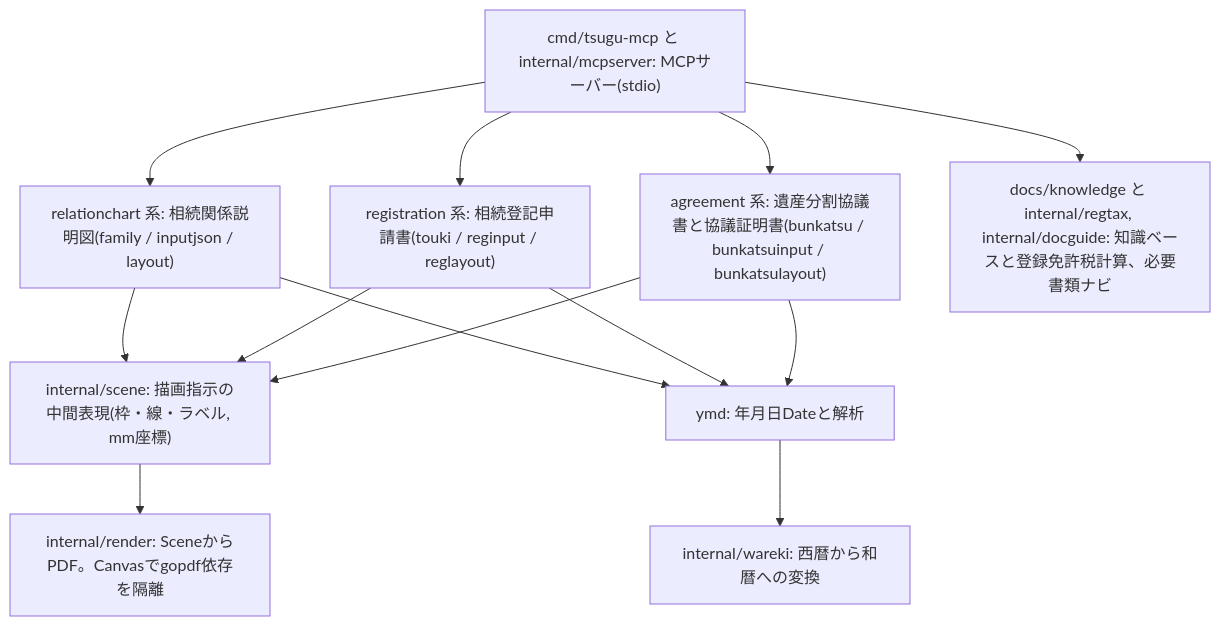
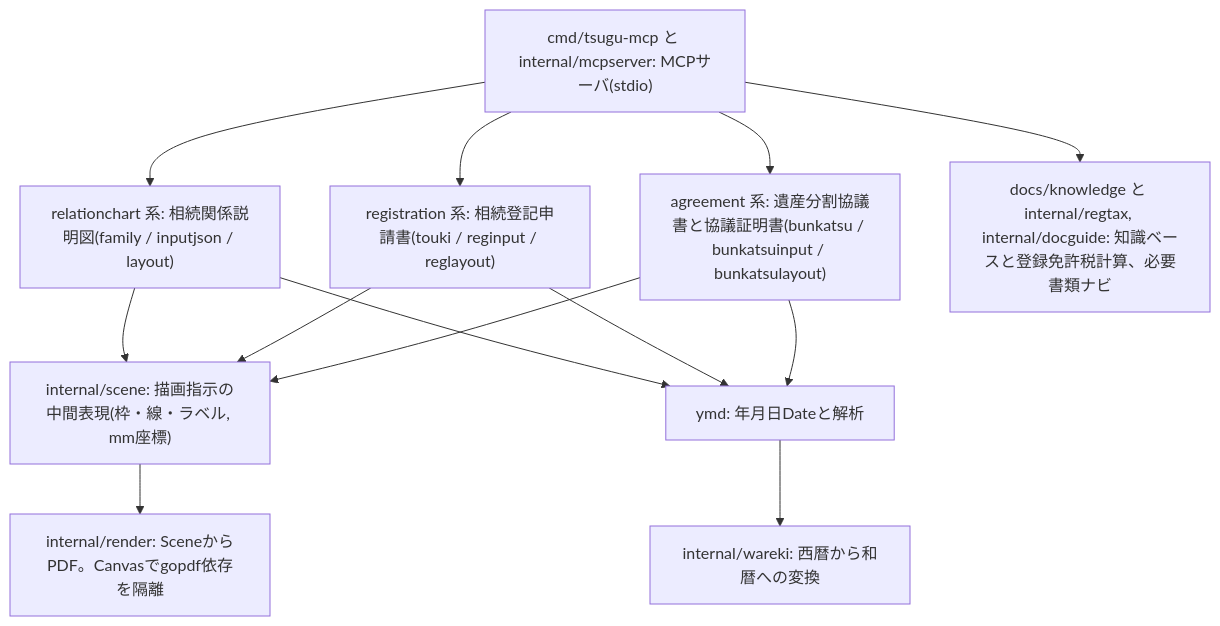
One commit to chan-mai/tsugu-mcp changed the second of 2 diagrams in README.md. Above: the diagram before and after it, drawn with Mermaid. The commit also changed other lines of this file, not shown here.

Commit message:
docs: claude mcp addの誤記修正とライセンス節(AGPL-3.0)を追加

````diff
--- a/README.md
+++ b/README.md
@@ -244,25 +250,25 @@
 ```mermaid
 flowchart TB
   ymd["ymd: 年月日Dateと解析"]
   wareki["internal/wareki: 西暦から和暦への変換"]
   scene["internal/scene: 描画指示の中間表現(枠・線・ラベル, mm座標)"]
   render["internal/render: SceneからPDF。Canvasでgopdf依存を隔離"]
   chart["relationchart 系: 相続関係説明図(family / inputjson / layout)"]
   touki["registration 系: 相続登記申請書(touki / reginput / reglayout)"]
   bunkatsu["agreement 系: 遺産分割協議書と協議証明書(bunkatsu / bunkatsuinput / bunkatsulayout)"]
-  mcp["cmd/tsugu-mcp と internal/mcpserver: MCPサーバー(stdio)"]
+  mcp["cmd/tsugu-mcp と internal/mcpserver: MCPサーバ(stdio)"]
   knowledge["docs/knowledge と internal/regtax, internal/docguide: 知識ベースと登録免許税計算、必要書類ナビ"]
 
   chart --> scene
   touki --> scene
   bunkatsu --> scene
   scene --> render
   chart --> ymd
   touki --> ymd
   bunkatsu --> ymd
   ymd --> wareki
   mcp --> chart
   mcp --> touki
   mcp --> bunkatsu
   mcp --> knowledge
 ```
````
